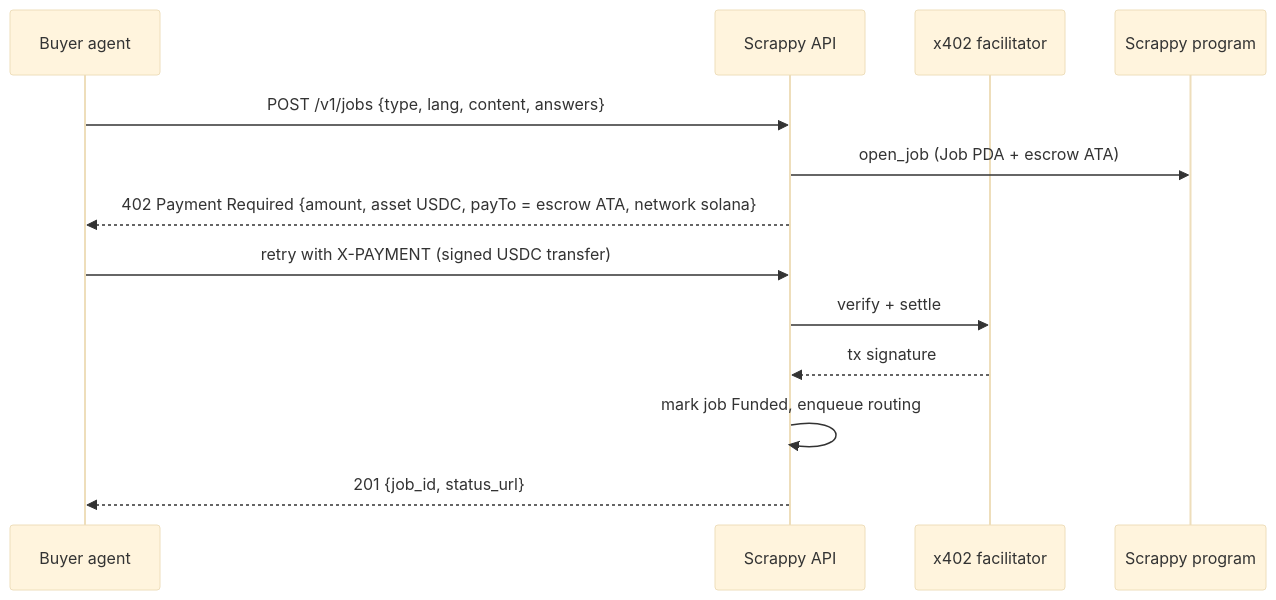
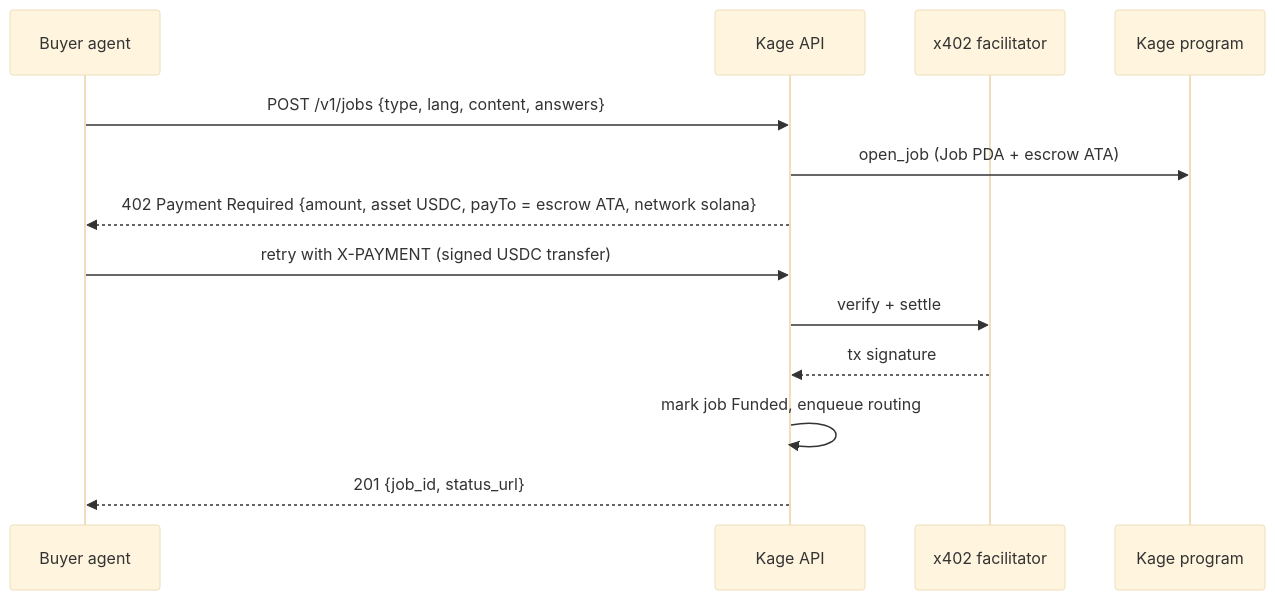
Before and after one commit to Venkat5599/Gameboy: the second of 3 diagrams in docs/ARCHITECTURE.md, drawn with Mermaid (base theme). The commit also changed other lines of this file and 104 other files, not shown here.

````diff
--- a/docs/ARCHITECTURE.md
+++ b/docs/ARCHITECTURE.md
@@ -91,15 +91,15 @@
 ```mermaid
 sequenceDiagram
   participant Ag as Buyer agent
-  participant API as Scrappy API
+  participant API as Kage API
   participant F as x402 facilitator
-  participant P as Scrappy program
+  participant P as Kage program
   Ag->>API: POST /v1/jobs {type, lang, content, answers}
   API->>P: open_job (Job PDA + escrow ATA)
   API-->>Ag: 402 Payment Required {amount, asset USDC, payTo = escrow ATA, network solana}
   Ag->>API: retry with X-PAYMENT (signed USDC transfer)
   API->>F: verify + settle
   F-->>API: tx signature
   API->>API: mark job Funded, enqueue routing
   API-->>Ag: 201 {job_id, status_url}
 ```
````
